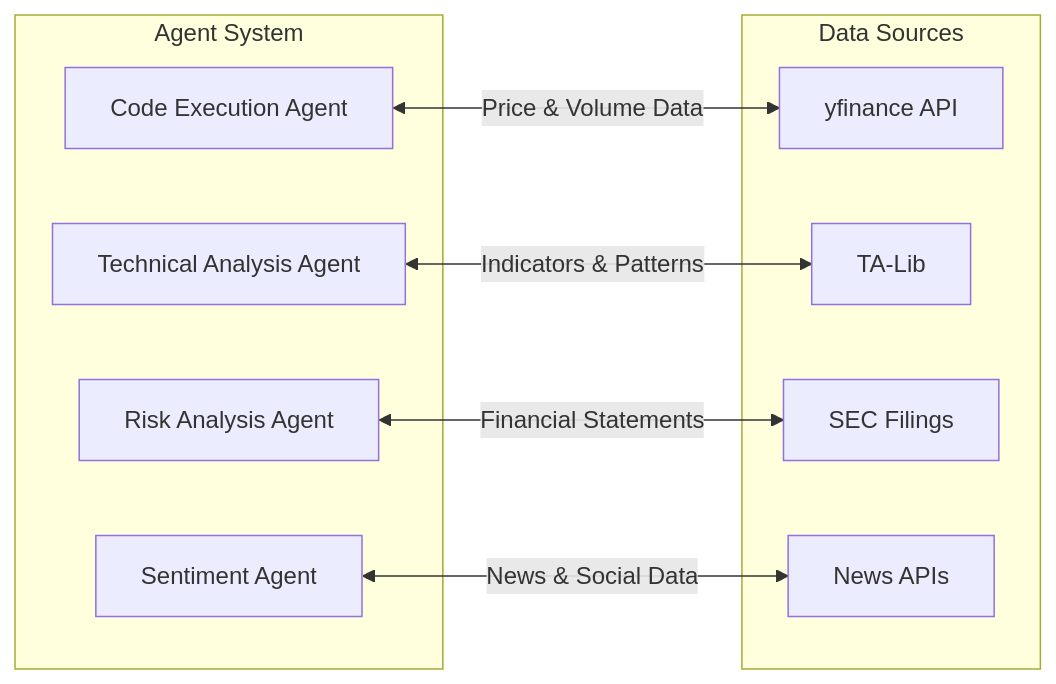
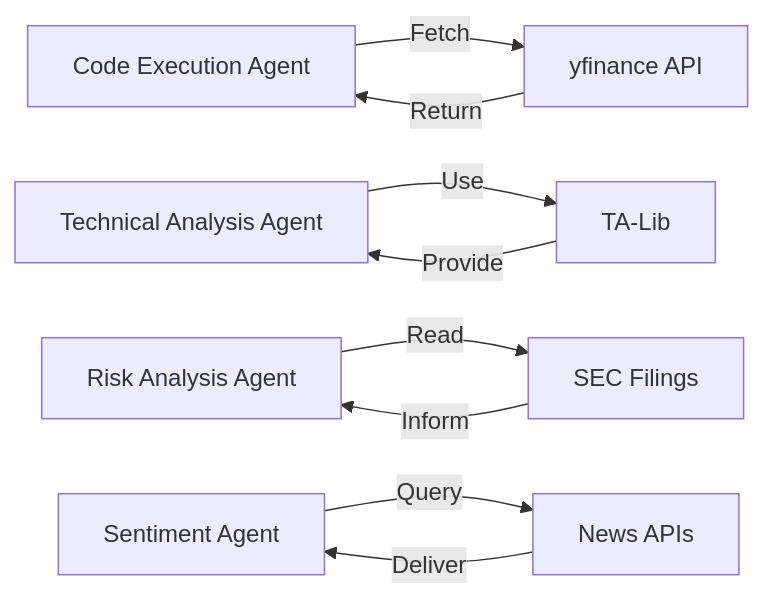
The fourth of 6 diagrams in README.md (thuyvinhdinh175/Quant-Agentic-AI), drawn with Mermaid before and after one commit. The commit also changed other lines of this file, not shown here.

````diff
--- a/README.md
+++ b/README.md
@@ -65,23 +57,14 @@
 ```mermaid
-flowchart LR
-    %% Consistent node naming
-    ExecAgent["Code Execution Agent"] <-->|"Price & Volume Data"| YFinance["yfinance API"]
-    TechAgent["Technical Analysis Agent"] <-->|"Indicators & Patterns"| TALib["TA-Lib"]
-    RiskAgent["Risk Analysis Agent"] <-->|"Financial Statements"| SEC["SEC Filings"]
-    SentimentAgent["Sentiment Agent"] <-->|"News & Social Data"| News["News APIs"]
+graph LR
+    ExecAgent["Code Execution Agent"] -->|"Fetch"| YFinance["yfinance API"]
+    YFinance -->|"Return"| ExecAgent
     
-    %% Common terminology with main diagram
-    subgraph Agents["Agent System"]
-        ExecAgent
-        TechAgent
-        RiskAgent
-        SentimentAgent
-    end
+    TechAgent["Technical Analysis Agent"] -->|"Use"| TALib["TA-Lib"]
+    TALib -->|"Provide"| TechAgent
     
-    subgraph Data["Data Sources"]
-        YFinance
-        TALib
-        SEC
-        News
-    end
+    RiskAgent["Risk Analysis Agent"] -->|"Read"| SEC["SEC Filings"]
+    SEC -->|"Inform"| RiskAgent
+    
+    SentimentAgent["Sentiment Agent"] -->|"Query"| News["News APIs"]
+    News -->|"Deliver"| SentimentAgent
 ```
````
